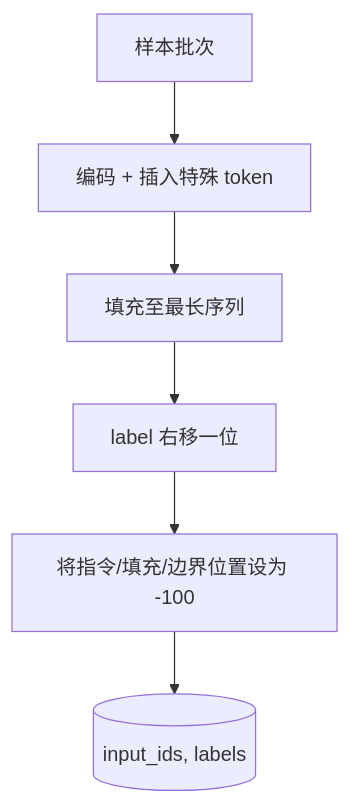
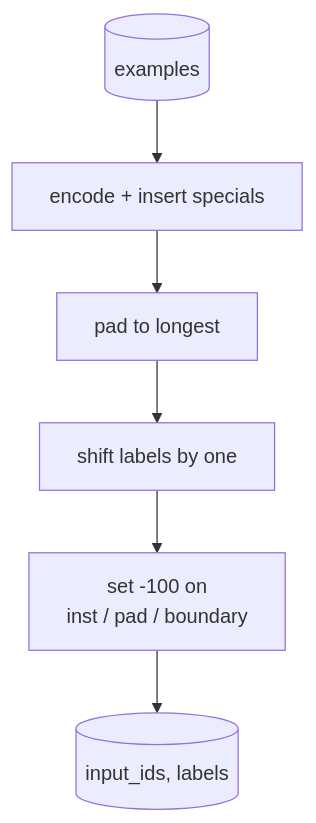
One commit to xiaojiaenen/ai-engineering-from-scratch-zh changed the second of 3 diagrams in i18n/zh/phases/19-capstone-projects/39-instruction-tuning-sft/docs/zh.md. Above: the diagram before and after it, drawn with Mermaid. The commit also changed other lines of this file and 85 other files, not shown here.

````diff
--- a/i18n/zh/phases/19-capstone-projects/39-instruction-tuning-sft/docs/zh.md
+++ b/i18n/zh/phases/19-capstone-projects/39-instruction-tuning-sft/docs/zh.md
@@ -80,8 +80,8 @@
 ```mermaid
 flowchart TD
-  Batch[样本批次] --> Tok[编码 + 插入特殊 token]
-  Tok --> Pad[填充至最长序列]
-  Pad --> Shift[label 右移一位]
-  Shift --> Mask[将指令/填充/边界位置设为 -100]
+  Batch[(examples)] --> Tok[encode + insert specials]
+  Tok --> Pad[pad to longest]
+  Pad --> Shift[shift labels by one]
+  Shift --> Mask[set -100 on<br/>inst / pad / boundary]
   Mask --> Out[(input_ids, labels)]
 ```
````
